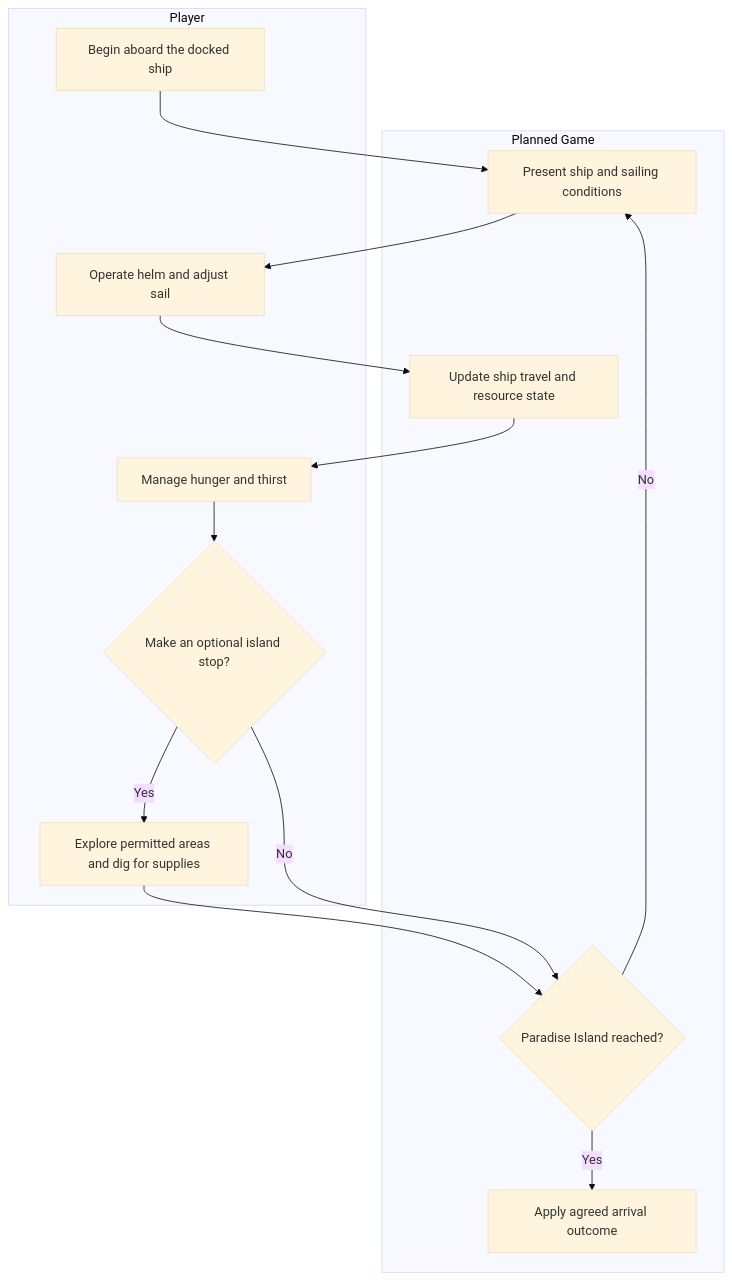
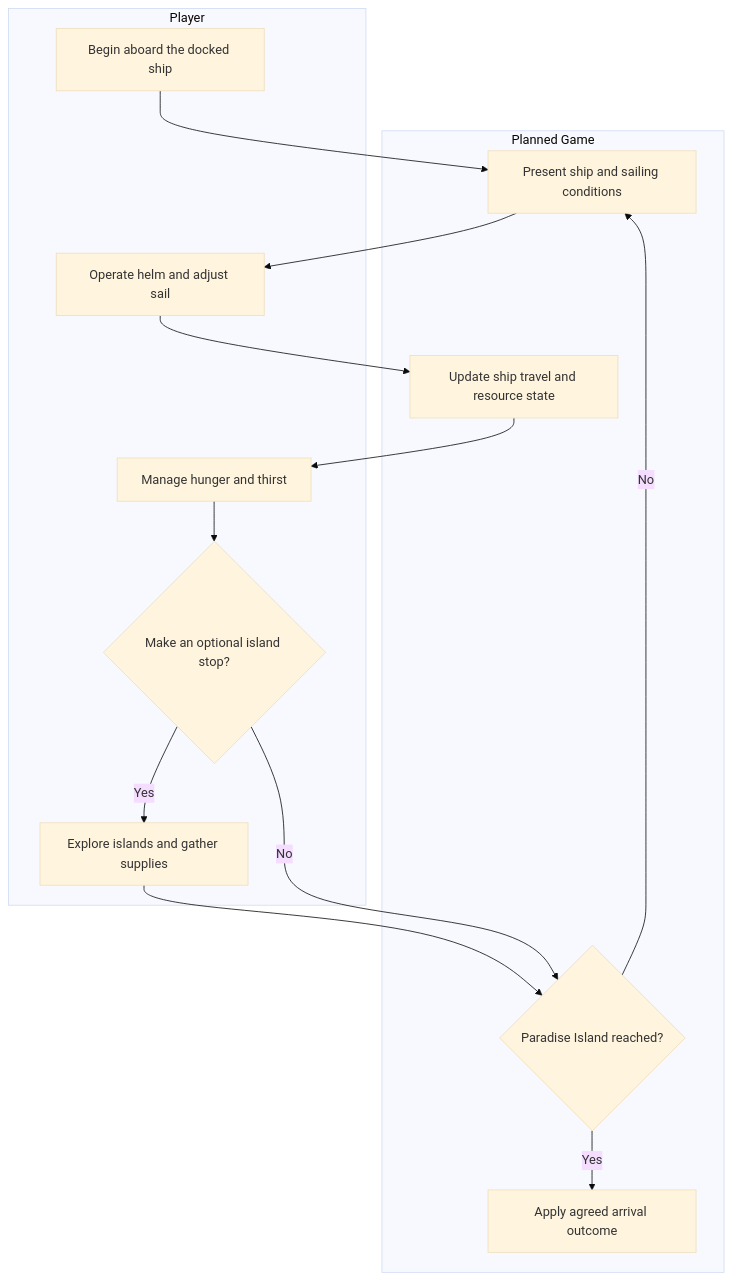
One commit to whitneyakred/gaming changed the second of 3 diagrams in docs/requirements/vision-and-scope.md. Above: the diagram before and after it, drawn with Mermaid (base theme). The commit also changed other lines of this file and 30 other files, not shown here.

````diff
--- a/docs/requirements/vision-and-scope.md
+++ b/docs/requirements/vision-and-scope.md
@@ -137,26 +119,26 @@
 ```mermaid
 flowchart TD
   subgraph Player
     A[Begin aboard the docked ship]
     C[Operate helm and adjust sail]
     E[Manage hunger and thirst]
     F{Make an optional island stop?}
-    G[Explore permitted areas and dig for supplies]
+    G[Explore islands and gather supplies]
   end
   subgraph Game[Planned Game]
     B[Present ship and sailing conditions]
     D[Update ship travel and resource state]
     H{Paradise Island reached?}
     I[Apply agreed arrival outcome]
   end
   A --> B
   B --> C
   C --> D
   D --> E
   E --> F
   F -- Yes --> G
   G --> H
   F -- No --> H
   H -- No --> B
   H -- Yes --> I
 ```
````
